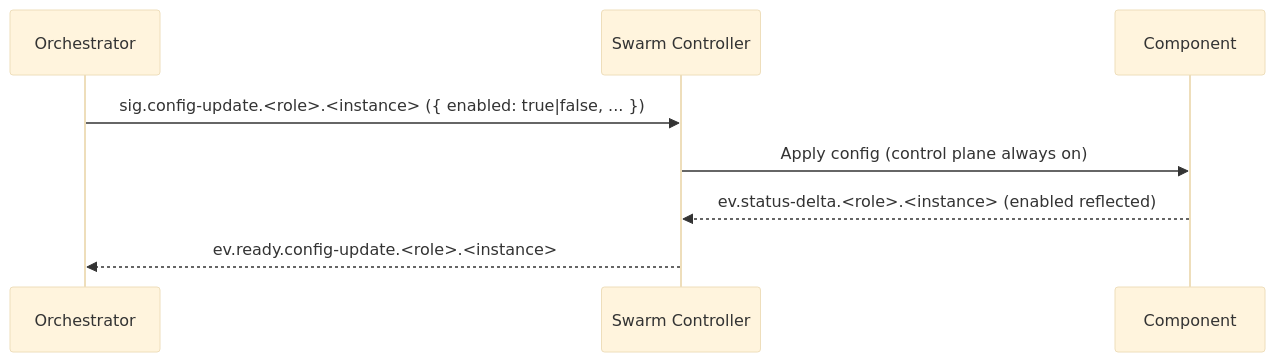
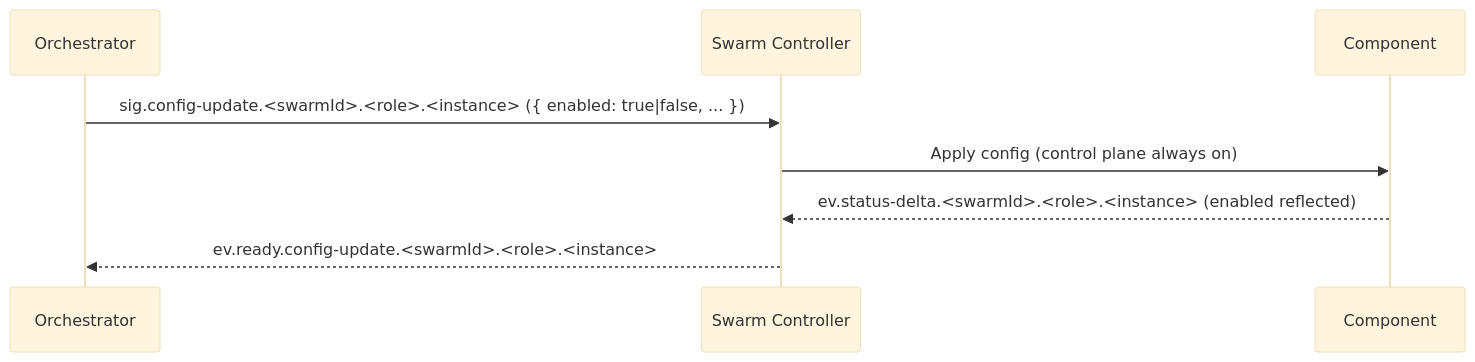
The third of 8 diagrams in docs/ARCHITECTURE.md (sepa79/PocketHive), drawn with Mermaid (base theme) before and after one commit. The commit also changed other lines of this file and 7 other files, not shown here.

````diff
--- a/docs/ARCHITECTURE.md
+++ b/docs/ARCHITECTURE.md
@@ -177,11 +186,11 @@
 ```mermaid
 sequenceDiagram
   participant QN as Orchestrator
   participant MSH as Swarm Controller
   participant CMP as Component
 
-  QN->>MSH: sig.config-update.<role>.<instance> ({ enabled: true|false, ... })
+  QN->>MSH: sig.config-update.<swarmId>.<role>.<instance> ({ enabled: true|false, ... })
   MSH->>CMP: Apply config (control plane always on)
-  CMP-->>MSH: ev.status-delta.<role>.<instance> (enabled reflected)
-  MSH-->>QN: ev.ready.config-update.<role>.<instance>
+  CMP-->>MSH: ev.status-delta.<swarmId>.<role>.<instance> (enabled reflected)
+  MSH-->>QN: ev.ready.config-update.<swarmId>.<role>.<instance>
 ```
````
